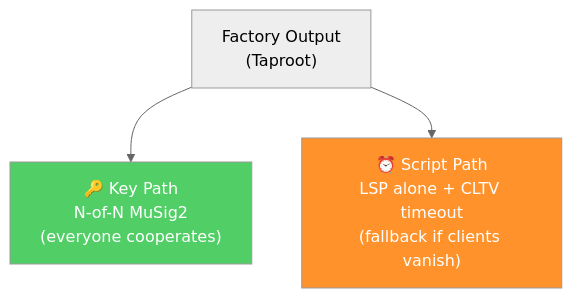
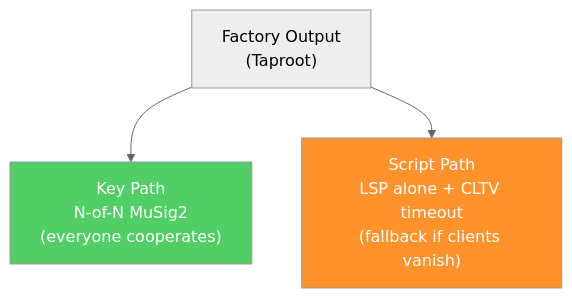
One commit to 8144225309/superscalar-docs changed the first of 3 diagrams in core-concepts/timeout-sig-trees.md. Above: the diagram before and after it, drawn with Mermaid (neutral theme). The commit also changed other lines of this file and 31 other files, not shown here.

````diff
--- a/core-concepts/timeout-sig-trees.md
+++ b/core-concepts/timeout-sig-trees.md
@@ -15,9 +15,9 @@
 ```mermaid
 graph TD
     O["Factory Output<br/>(Taproot)"]
-    O --> KP["🔑 Key Path<br/>N-of-N MuSig2<br/>(everyone cooperates)"]
-    O --> SP["⏰ Script Path<br/>LSP alone + CLTV timeout<br/>(fallback if clients vanish)"]
+    O --> KP["Key Path<br/>N-of-N MuSig2<br/>(everyone cooperates)"]
+    O --> SP["Script Path<br/>LSP alone + CLTV timeout<br/>(fallback if clients vanish)"]
 
     style KP fill:#51cf66,color:#fff
     style SP fill:#ff922b,color:#fff
 ```
````
